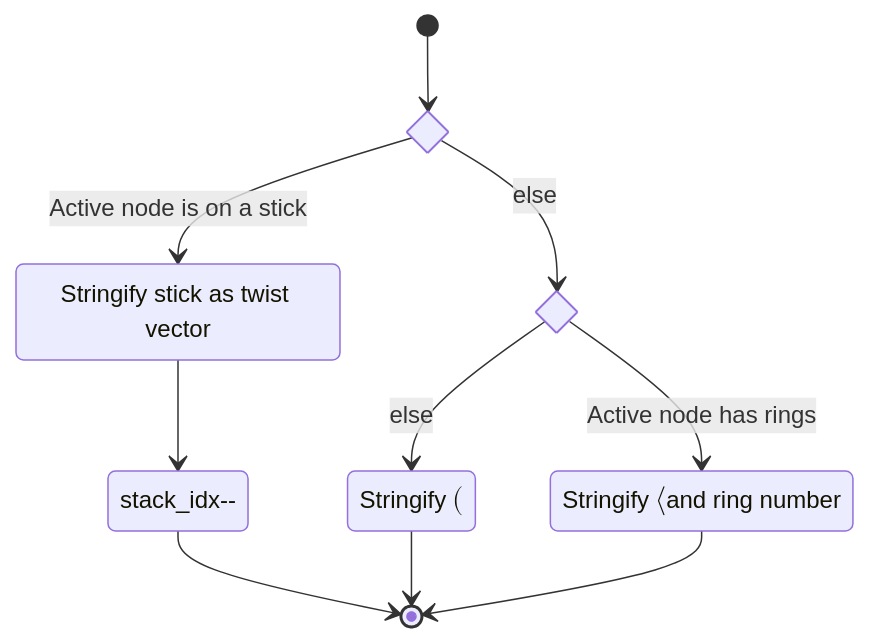
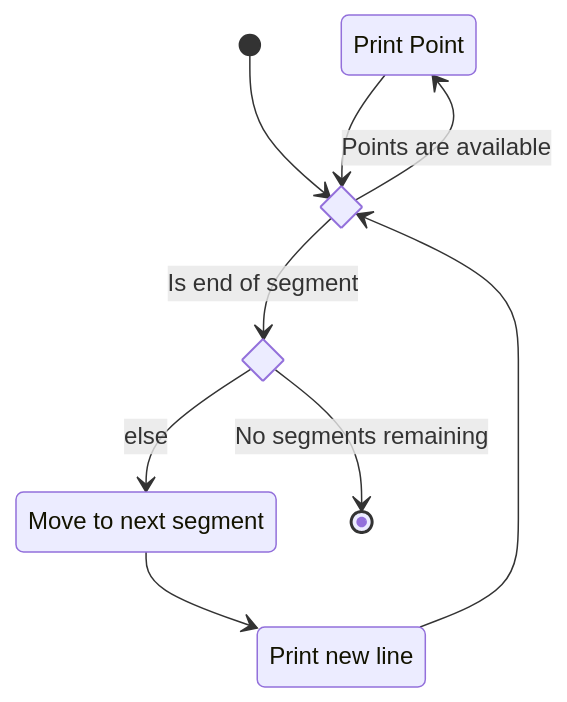
The third of 4 diagrams in source/note-plpath/unit-description.md (Uiowa-Applied-Topology/tanglenomicon_core_libraries), drawn with Mermaid before and after one commit. The commit also changed other lines of this file and 2 other files, not shown here.

````diff
--- a/source/note-plpath/unit-description.md
+++ b/source/note-plpath/unit-description.md
@@ -308,19 +165,18 @@
 ```mermaid
 stateDiagram-v2
+    state "Print Point" as pp
+    state "Move to next segment" as mns
+    state "Print new line" as pnl
+    state is_choice <<choice>>
+    state is_segement_end <<choice>>
 
-       state "Stringify $$\,\langle$$ and ring number" as rn
-    state "Stringify $$\,($$" as par
-    state "stack_idx--" as simm
-    state "Stringify stick as twist vector" as stv
-    state if_has_rings <<choice>>
-    state if_stickcheck <<choice>>
-    [*] --> if_stickcheck
-    if_stickcheck --> stv: Active node is on a stick
-    stv --> simm
-    simm --> [*]
-    if_stickcheck --> if_has_rings: else
-    if_has_rings --> par: else
-    if_has_rings --> rn: Active node has rings
-    par --> [*]
-    rn --> [*]
+    [*] --> is_choice
+    is_choice --> pp: Points are available
+    is_choice --> is_segement_end: Is end of segment
+    is_segement_end -->  [*]: No segments remaining
+    is_segement_end --> mns: else
+    mns --> pnl
+    pnl --> is_choice
+    pp --> is_choice
+
 ```
````
